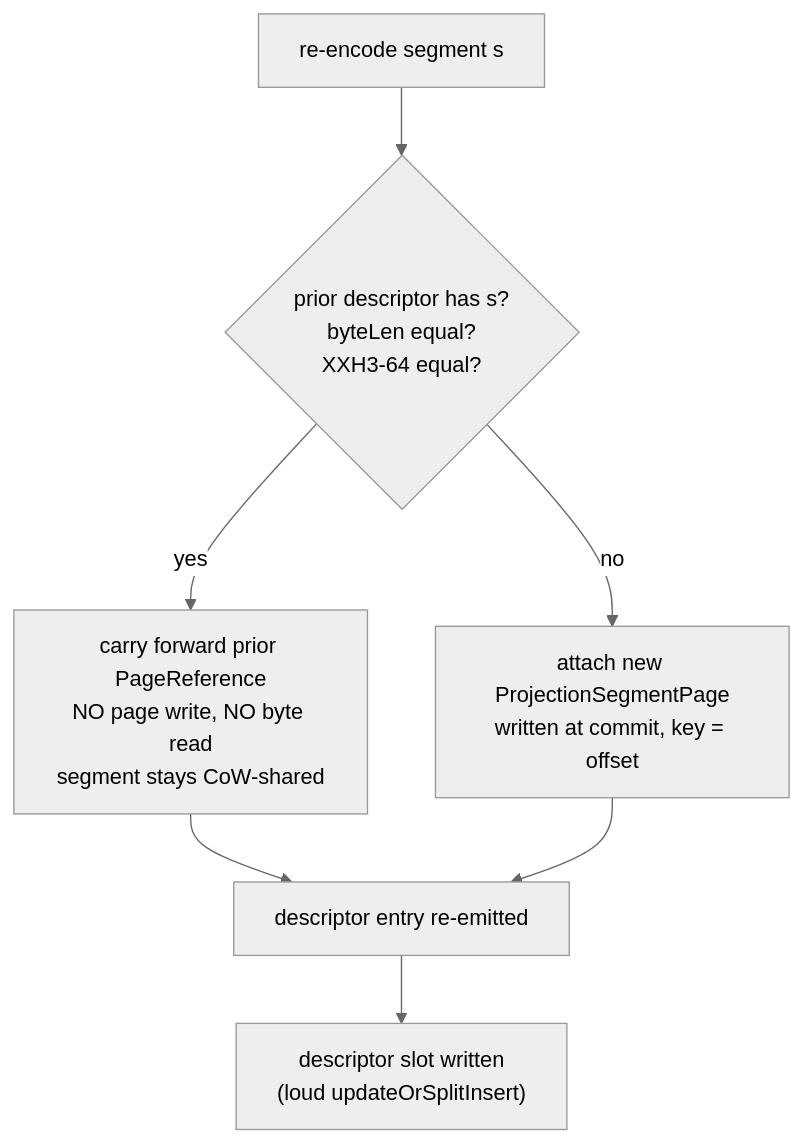
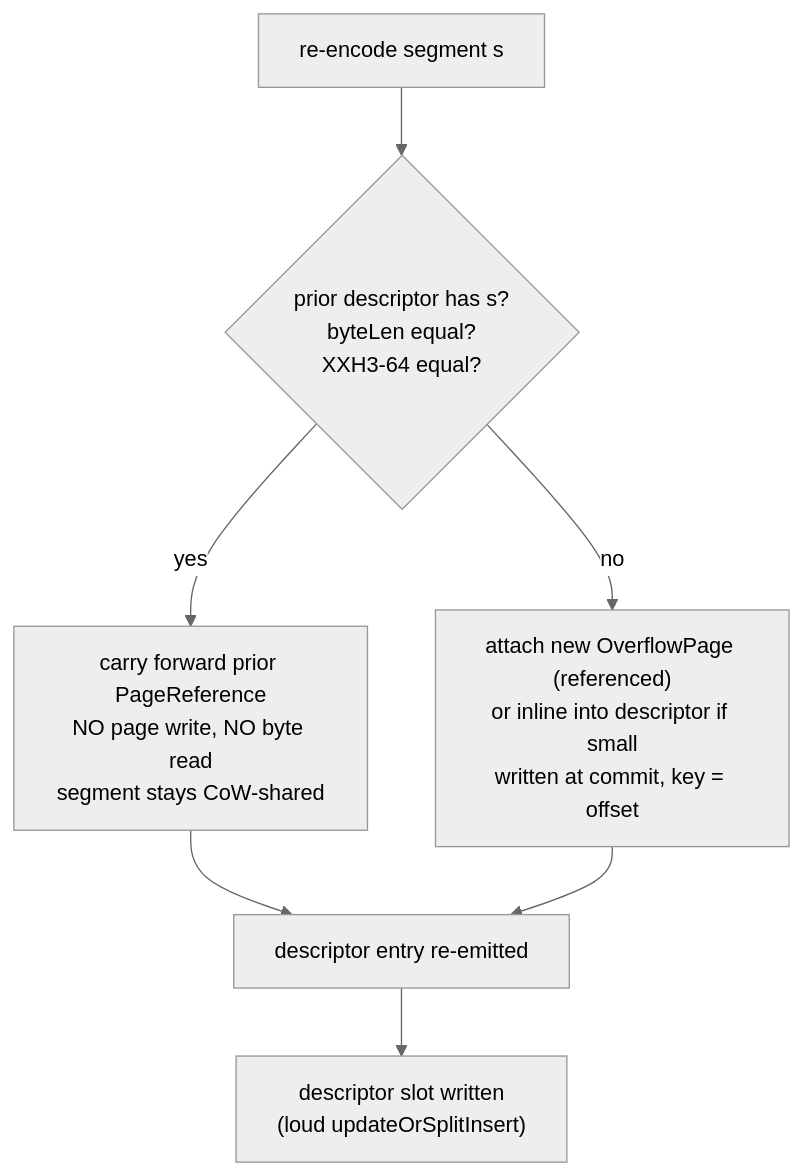
One commit to sirixdb/sirix changed the seventh of 16 diagrams in docs/PROJECTION_INDEX_DEEP_DIVE.md. Above: the diagram before and after it, drawn with Mermaid (neutral theme). The commit also changed other lines of this file, not shown here.

First line of the commit message:
docs(projection): rewrite §8.4 for the landed inline/reference hybrid (#1138)

````diff
--- a/docs/PROJECTION_INDEX_DEEP_DIVE.md
+++ b/docs/PROJECTION_INDEX_DEEP_DIVE.md
@@ -601,9 +624,9 @@
 ```mermaid
 flowchart TD
     A["re-encode segment s"] --> B{"prior descriptor has s?<br/>byteLen equal?<br/>XXH3-64 equal?"}
     B -- yes --> C["carry forward prior PageReference<br/>NO page write, NO byte read<br/>segment stays CoW-shared"]
-    B -- no --> D["attach new ProjectionSegmentPage<br/>written at commit, key = offset"]
+    B -- no --> D["attach new OverflowPage (referenced)<br/>or inline into descriptor if small<br/>written at commit, key = offset"]
     C --> E["descriptor entry re-emitted"]
     D --> E
     E --> F["descriptor slot written<br/>(loud updateOrSplitInsert)"]
 ```
````
